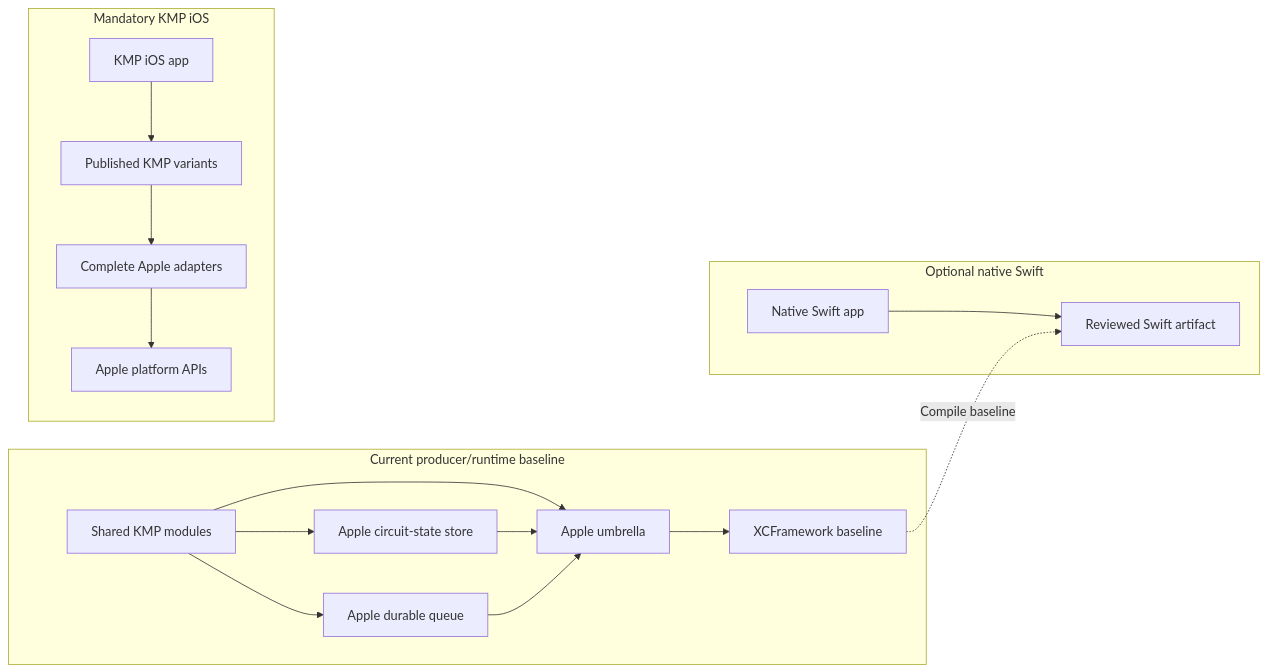
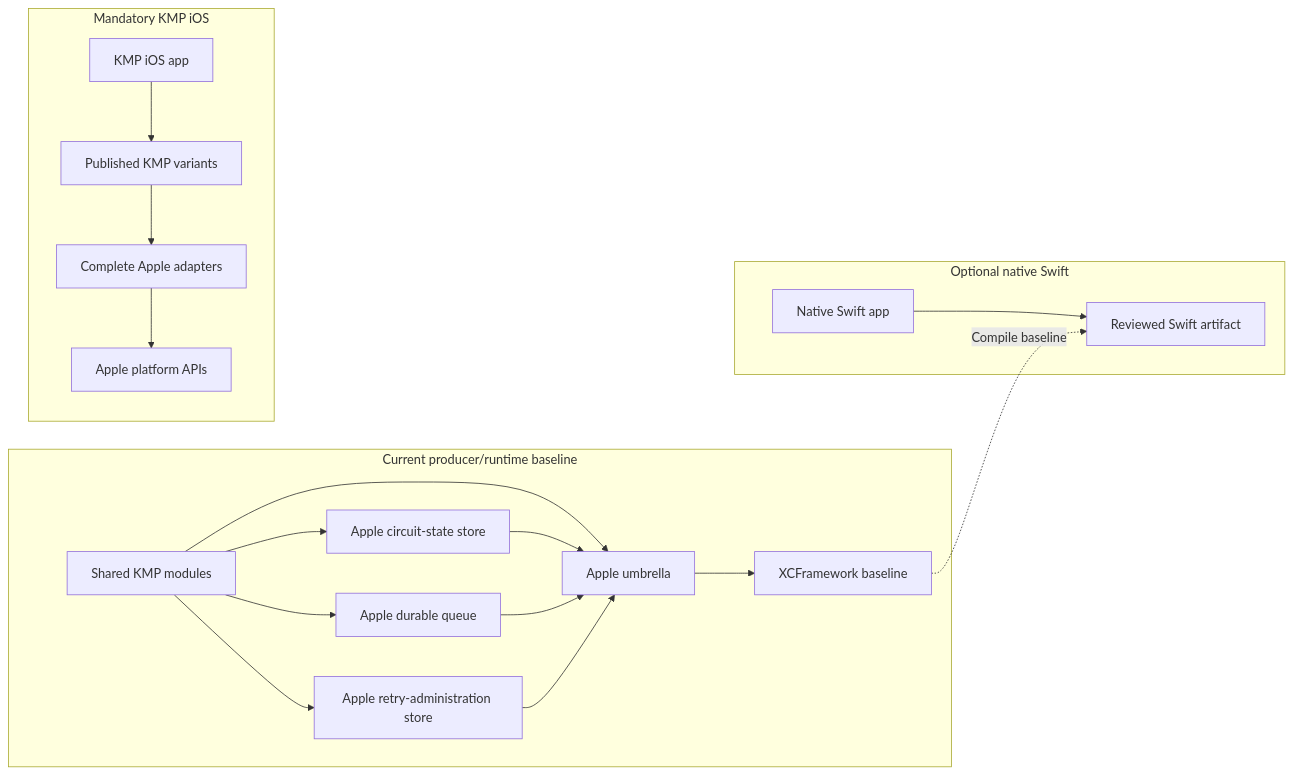
Before and after one commit to dataloom-sdk/dataloom: the diagram in docs/apple/README.md, drawn with Mermaid. The commit also changed other lines of this file and 9 other files, not shown here.

First line of the commit message:
DL-040: persist Apple retry administration state (#148)

````diff
--- a/docs/apple/README.md
+++ b/docs/apple/README.md
@@ -40,31 +42,34 @@
 ```mermaid
 flowchart LR
     subgraph currentBaseline["Current producer/runtime baseline"]
         sharedCode["Shared KMP modules"]
         circuitStore["Apple circuit-state store"]
         queueStore["Apple durable queue"]
+        retryAdminStore["Apple retry-administration store"]
         appleUmbrella["Apple umbrella"]
         currentFramework["XCFramework baseline"]
         sharedCode --> circuitStore
         sharedCode --> queueStore
+        sharedCode --> retryAdminStore
         sharedCode --> appleUmbrella --> currentFramework
         circuitStore --> appleUmbrella
         queueStore --> appleUmbrella
+        retryAdminStore --> appleUmbrella
     end
 
     subgraph requiredPath["Mandatory KMP iOS"]
         kmpApp["KMP iOS app"]
         publishedVariants["Published KMP variants"]
         iosAdapters["Complete Apple adapters"]
         appleApis["Apple platform APIs"]
         kmpApp --> publishedVariants --> iosAdapters --> appleApis
     end
 
     subgraph optionalPath["Optional native Swift"]
         swiftApp["Native Swift app"]
         swiftArtifact["Reviewed Swift artifact"]
         swiftApp --> swiftArtifact
     end
 
     currentFramework -.->|"Compile baseline"| swiftArtifact
 ```
````
